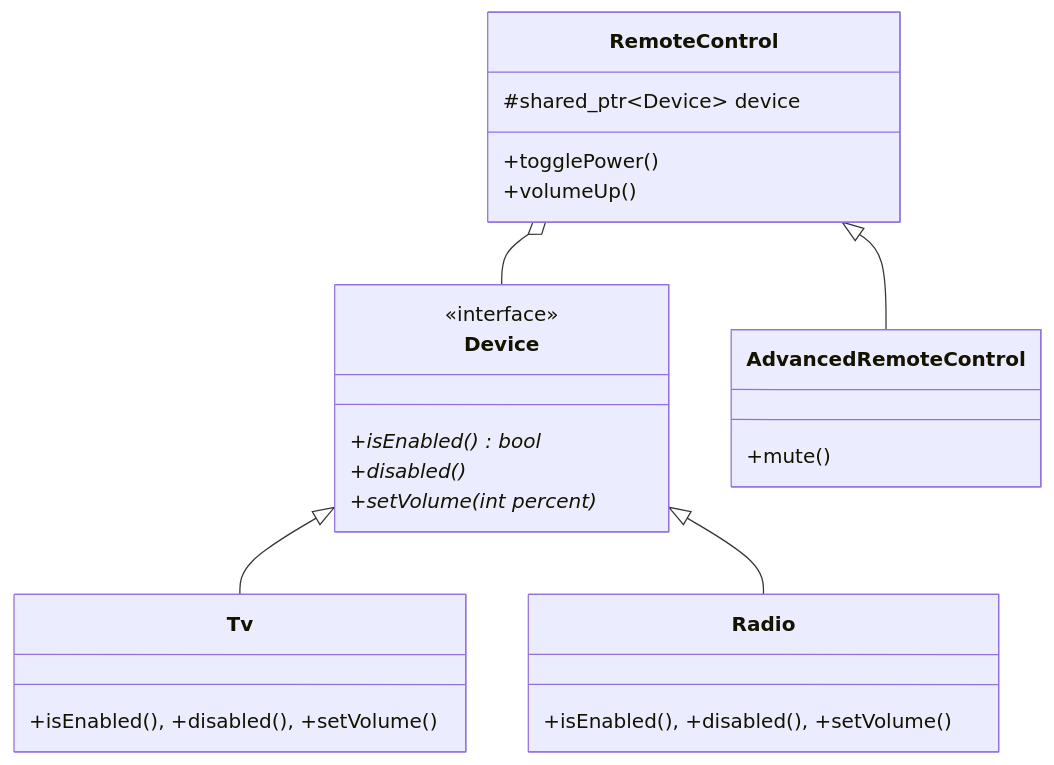
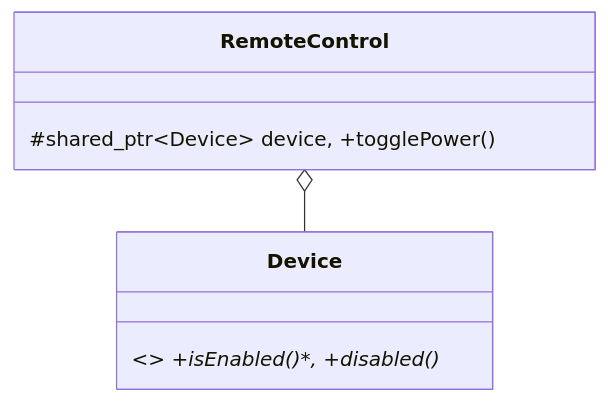
Before and after one commit to divyap271/systemDesign: the tenth of 22 diagrams in readme.md, drawn with Mermaid. The commit also changed other lines of this file, not shown here.

````diff
--- a/readme.md
+++ b/readme.md
@@ -201,22 +154,6 @@
 ```mermaid
 classDiagram
-    class Device {
-        <<interface>>
-        +isEnabled()* bool
-        +disabled()*
-        +setVolume(int percent)*
-    }
-    class Tv { +isEnabled(), +disabled(), +setVolume() }
-    class Radio { +isEnabled(), +disabled(), +setVolume() }
-    class RemoteControl {
-        #shared_ptr~Device~ device
-        +togglePower()
-        +volumeUp()
-    }
-    class AdvancedRemoteControl { +mute() }
-    
-    Device <|-- Tv
-    Device <|-- Radio
+    class Device { <<interface>> +isEnabled()*, +disabled()* }
+    class RemoteControl { #shared_ptr~Device~ device, +togglePower() }
     RemoteControl o-- Device
-    RemoteControl <|-- AdvancedRemoteControl
 ```
````
